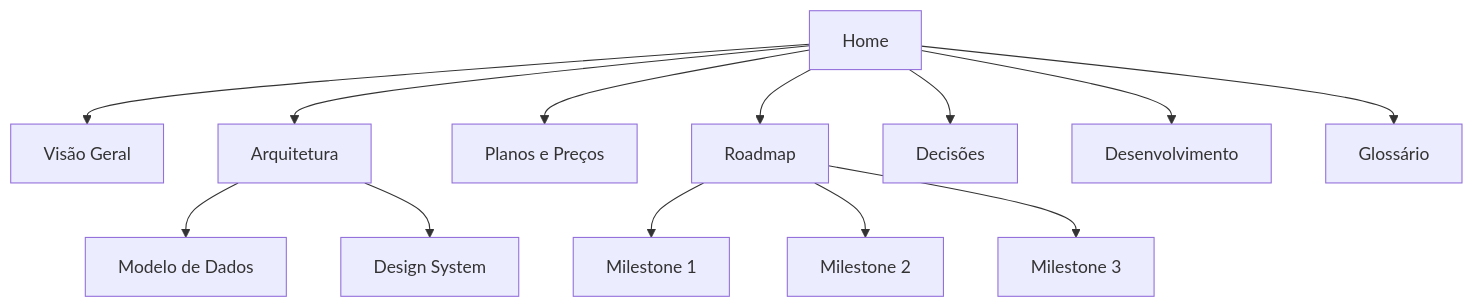
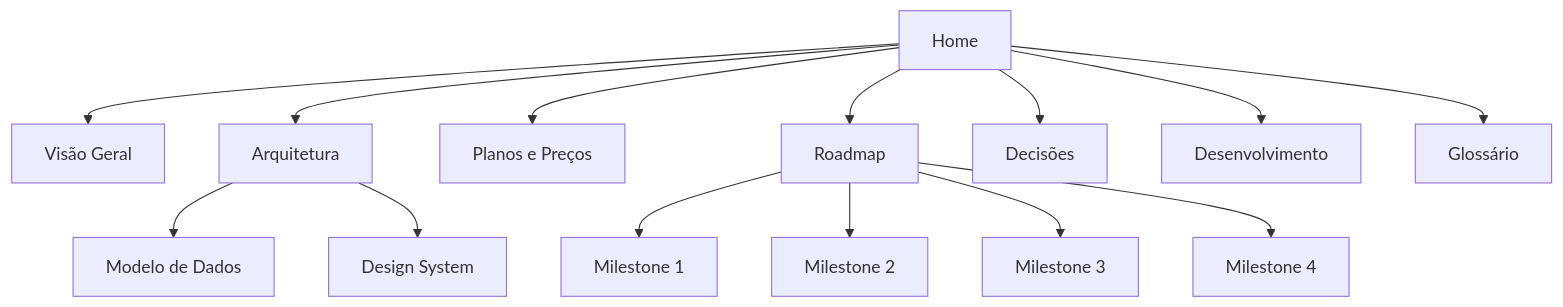
Before and after one commit to Synqo-Servicos/AutoStand: the diagram in docs/Home.md, drawn with Mermaid. The commit also changed other lines of this file and 7 other files, not shown here.

````diff
--- a/docs/Home.md
+++ b/docs/Home.md
@@ -23,16 +24,17 @@
 ```mermaid
 graph TD
     H[Home] --> VG[Visão Geral]
     H --> AR[Arquitetura]
     H --> PP[Planos e Preços]
     H --> RM[Roadmap]
     H --> DEC[Decisões]
     H --> DEV[Desenvolvimento]
     H --> GL[Glossário]
     AR --> MD[Modelo de Dados]
     AR --> DS[Design System]
     RM --> M1[Milestone 1]
     RM --> M2[Milestone 2]
     RM --> M3[Milestone 3]
-    class VG,AR,PP,RM,DEC,DEV,GL,MD,DS,M1,M2,M3 internal-link;
+    RM --> M4[Milestone 4]
+    class VG,AR,PP,RM,DEC,DEV,GL,MD,DS,M1,M2,M3,M4 internal-link;
 ```
````
